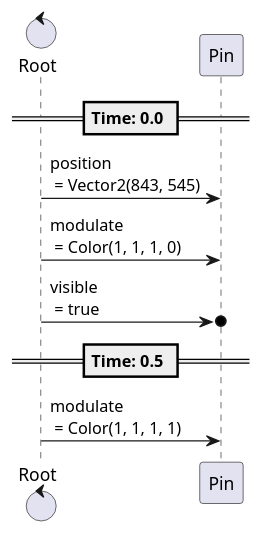
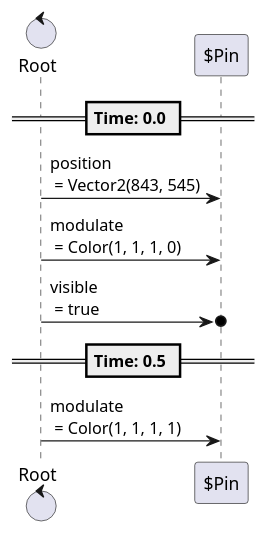
One commit to tkmfujise/Platformer-Game-Learning changed the ninth of 24 diagrams in content/scenes/src/beginning/chapters/chapters.tscn.adoc. Above: the diagram before and after it, drawn with PlantUML. The commit also changed other lines of this file and 31 other files, not shown here.

Commit message:
Add prefix $ to node name in animation sequences

```diff
--- a/content/scenes/src/beginning/chapters/chapters.tscn.adoc
+++ b/content/scenes/src/beginning/chapters/chapters.tscn.adoc
@@ -485,16 +485,16 @@
 [plantuml]
 ....
-control "Root" as Root
-participant "Pin" as T0
+control "Root" as R
+participant "$Pin" as T0
 
 
 
 == Time: 0.0 ==
-Root  ->  T0 : position\n = Vector2(843, 545)
-Root  ->  T0 : modulate\n = Color(1, 1, 1, 0)
-Root  ->o  T0 : visible\n = true
+R  ->  T0 : position\n = Vector2(843, 545)
+R  ->  T0 : modulate\n = Color(1, 1, 1, 0)
+R  ->o  T0 : visible\n = true
 == Time: 0.5 ==
-Root  ->  T0 : modulate\n = Color(1, 1, 1, 1)
+R  ->  T0 : modulate\n = Color(1, 1, 1, 1)
 
 
 ....
```
